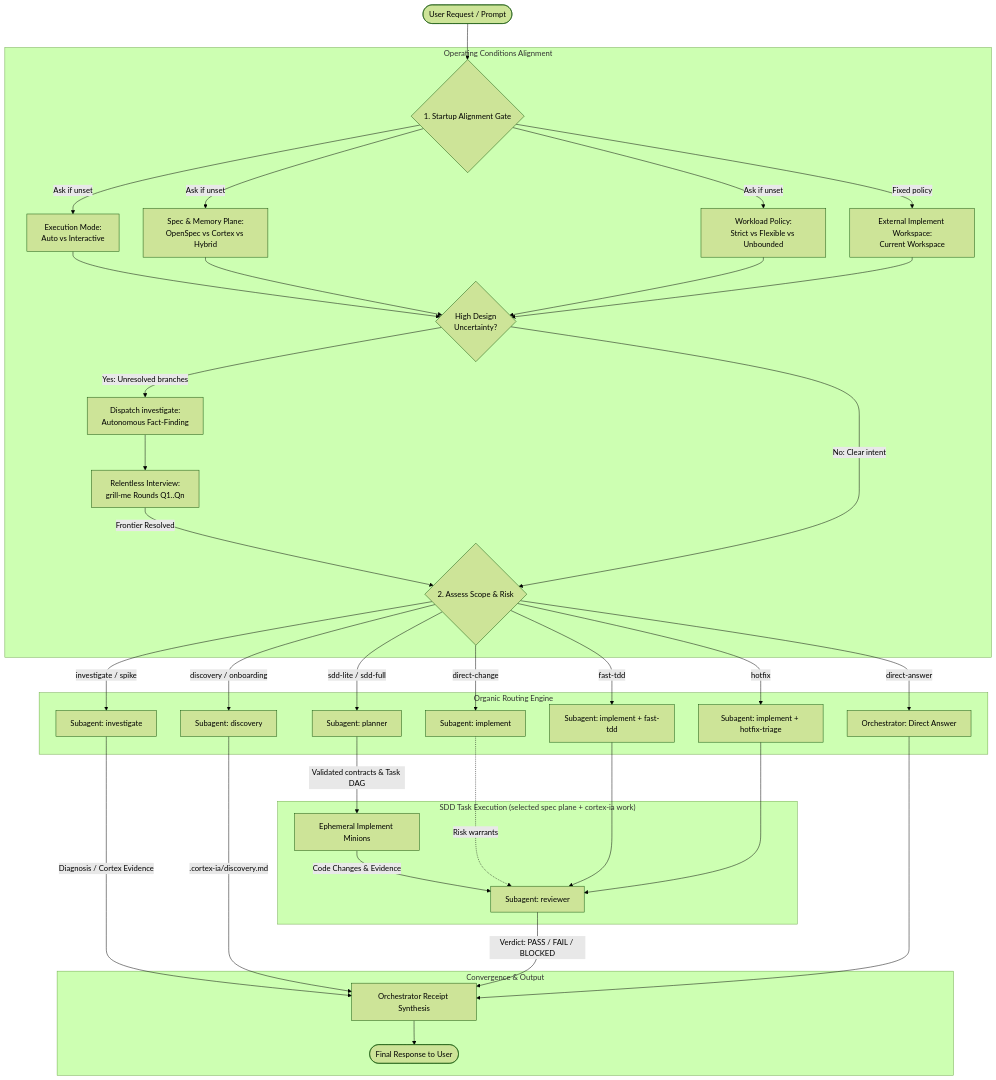
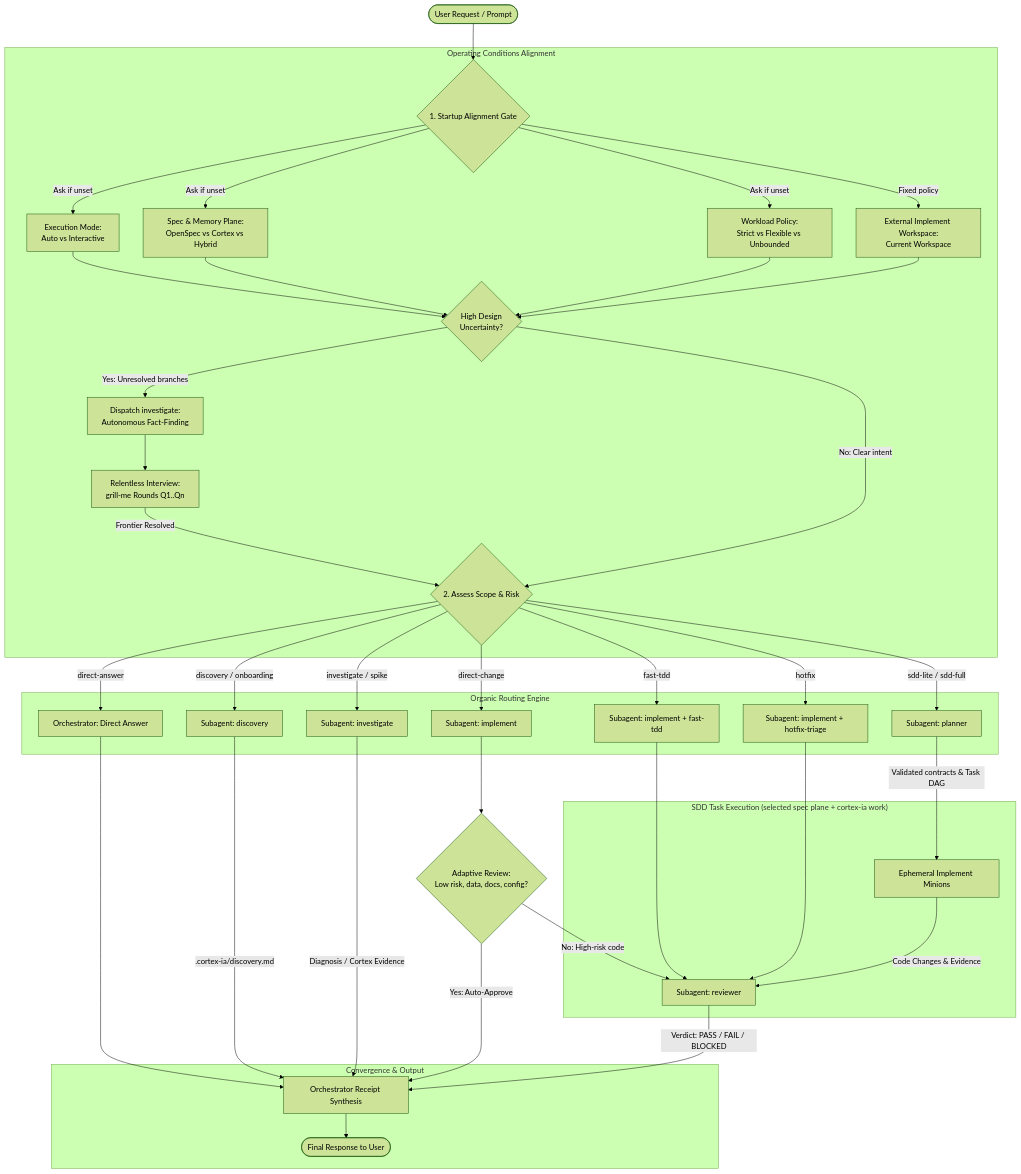
One commit to lleontor705/cortex-ia changed the first of 4 diagrams in internal/assets/AGENTS.md. Above: the diagram before and after it, drawn with Mermaid (forest theme). The commit also changed other lines of this file and 9 other files, not shown here.

First line of the commit message:
feat(review): implement adaptive review policy and auto-approval

````diff
--- a/internal/assets/AGENTS.md
+++ b/internal/assets/AGENTS.md
@@ -22,48 +22,50 @@
 ```mermaid
 flowchart TD
     User([User Request / Prompt]) --> StartGate{1. Startup Alignment Gate}
     
     subgraph Alignment ["Operating Conditions Alignment"]
         StartGate -->|Ask if unset| ModeChoice[Execution Mode:\nAuto vs Interactive]
         StartGate -->|Ask if unset| PlaneChoice[Spec & Memory Plane:\nOpenSpec vs Cortex vs Hybrid]
         StartGate -->|Ask if unset| WorkloadChoice[Workload Policy:\nStrict vs Flexible vs Unbounded]
         StartGate -->|Fixed policy| WorkspaceChoice[External Implement Workspace:\nCurrent Workspace]
         
         ModeChoice --> AmbiguityCheck{High Design\nUncertainty?}
         PlaneChoice --> AmbiguityCheck
         WorkloadChoice --> AmbiguityCheck
         WorkspaceChoice --> AmbiguityCheck
         
         AmbiguityCheck -->|Yes: Unresolved branches| InvFact[Dispatch investigate:\nAutonomous Fact-Finding]
         InvFact --> GrillMe[Relentless Interview:\ngrill-me Rounds Q1..Qn]
         GrillMe -->|Frontier Resolved| RouteDecision{2. Assess Scope & Risk}
         AmbiguityCheck -->|No: Clear intent| RouteDecision
     end
 
     subgraph Routing ["Organic Routing Engine"]
         RouteDecision -->|direct-answer| OrchSelf[Orchestrator: Direct Answer]
         RouteDecision -->|discovery / onboarding| SubDiscovery[Subagent: discovery]
         RouteDecision -->|investigate / spike| SubInv[Subagent: investigate]
         RouteDecision -->|direct-change| SubImpDirect[Subagent: implement]
         RouteDecision -->|fast-tdd| SubImpTDD[Subagent: implement + fast-tdd]
         RouteDecision -->|hotfix| SubImpHotfix[Subagent: implement + hotfix-triage]
         RouteDecision -->|sdd-lite / sdd-full| SubPlan[Subagent: planner]
     end
 
     subgraph SDD_Flow ["SDD Task Execution (selected spec plane + cortex-ia work)"]
         SubPlan -->|Validated contracts & Task DAG| Minions[Ephemeral Implement Minions]
         Minions -->|Code Changes & Evidence| SubRev[Subagent: reviewer]
     end
 
-    SubImpDirect -.->|Risk warrants| SubRev
+    SubImpDirect --> AutoApproveGate{Adaptive Review:\nLow risk, data, docs, config?}
+    AutoApproveGate -->|Yes: Auto-Approve| OrchFinal
+    AutoApproveGate -->|No: High-risk code| SubRev
     SubImpTDD --> SubRev
     SubImpHotfix --> SubRev
 
     subgraph Convergence ["Convergence & Output"]
         SubInv -->|Diagnosis / Cortex Evidence| OrchFinal[Orchestrator Receipt Synthesis]
         SubDiscovery -->|.cortex-ia/discovery.md| OrchFinal
         SubRev -->|Verdict: PASS / FAIL / BLOCKED| OrchFinal
         OrchSelf --> OrchFinal
         OrchFinal --> Done([Final Response to User])
     end
 ```
````
